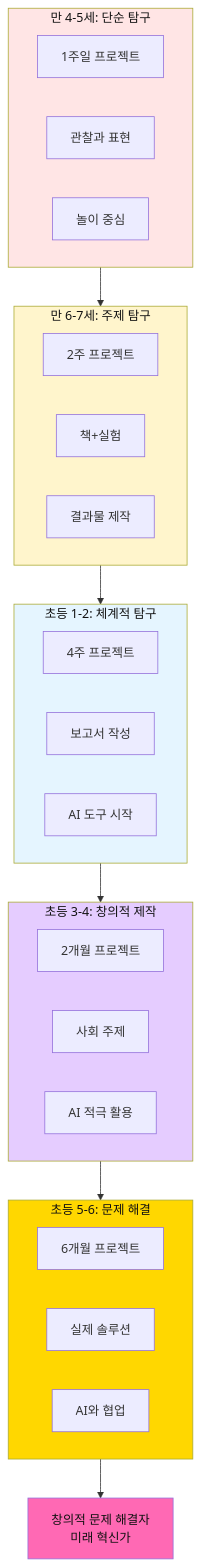
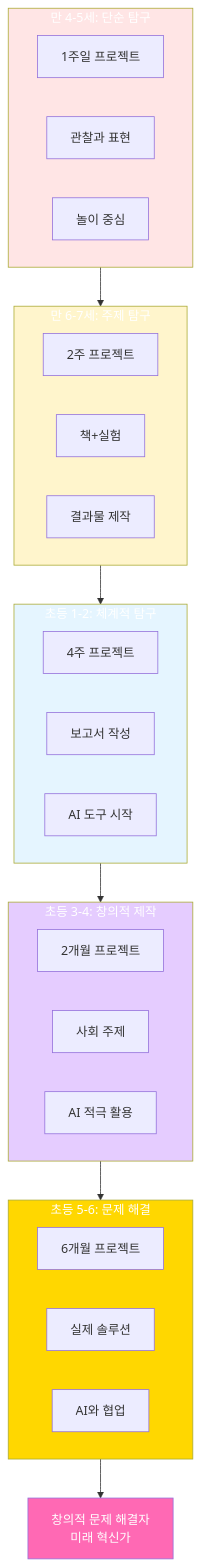
One commit to Collegenie-X/froebel changed diagram 15 of 30 in 4단계_프뢰벨_프로젝트기반_교육과정.md. Above: the diagram before and after it, drawn with Mermaid. The commit also changed other lines of this file and 4 other files, not shown here.

````diff
--- a/4단계_프뢰벨_프로젝트기반_교육과정.md
+++ b/4단계_프뢰벨_프로젝트기반_교육과정.md
@@ -595,46 +595,46 @@
 ```mermaid
 graph TB
     subgraph Level1[만 4-5세: 단순 탐구]
         L1A[1주일 프로젝트]
         L1B[관찰과 표현]
         L1C[놀이 중심]
     end
     
     subgraph Level2[만 6-7세: 주제 탐구]
         L2A[2주 프로젝트]
         L2B[책+실험]
         L2C[결과물 제작]
     end
     
     subgraph Level3[초등 1-2: 체계적 탐구]
         L3A[4주 프로젝트]
         L3B[보고서 작성]
         L3C[AI 도구 시작]
     end
     
     subgraph Level4[초등 3-4: 창의적 제작]
         L4A[2개월 프로젝트]
         L4B[사회 주제]
         L4C[AI 적극 활용]
     end
     
     subgraph Level5[초등 5-6: 문제 해결]
         L5A[6개월 프로젝트]
         L5B[실제 솔루션]
         L5C[AI와 협업]
     end
     
     Level1 --> Level2
     Level2 --> Level3
     Level3 --> Level4
     Level4 --> Level5
     
     Level5 --> Result[창의적 문제 해결자<br/>미래 혁신가]
     
-    style Level1 fill:#FFE5E5,color:#111
-    style Level2 fill:#FFF5CC,color:#111
-    style Level3 fill:#E5F5FF,color:#111
-    style Level4 fill:#E5CCFF,color:#111
-    style Level5 fill:#FFD700,color:#111
-    style Result fill:#FF69B4,color:#111
+    style Level1 fill:#FFE5E5,color:#fff
+    style Level2 fill:#FFF5CC,color:#fff
+    style Level3 fill:#E5F5FF,color:#fff
+    style Level4 fill:#E5CCFF,color:#fff
+    style Level5 fill:#FFD700,color:#fff
+    style Result fill:#FF69B4,color:#fff
 ```
````
